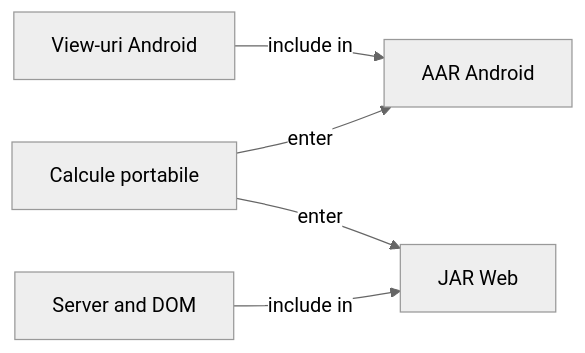
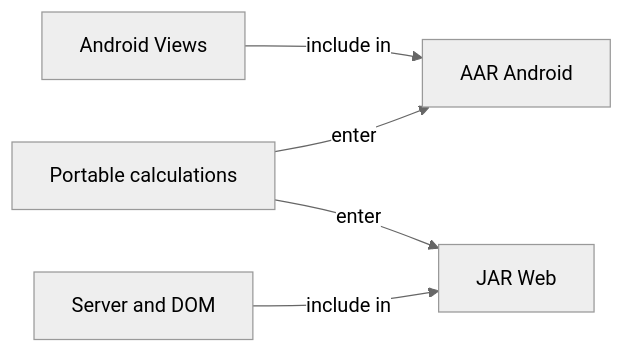
Before and after one commit to crististefanita/atf_j4: the third of 3 diagrams in atf-ui-browser/README.md, drawn with Mermaid (neutral theme). The commit also changed other lines of this file and 126 other files, not shown here.

````diff
--- a/atf-ui-browser/README.md
+++ b/atf-ui-browser/README.md
@@ -145,12 +145,12 @@
 ```mermaid
 flowchart LR
-    Shared[Calcule portabile]
-    Native[View-uri Android]
+    Shared[Portable calculations]
+    Native[Android Views]
     Browser[Server and DOM]
     Aar[AAR Android]
     Jar[JAR Web]
     Native -->|include in| Aar
     Shared -->|enter| Aar
     Shared -->|enter| Jar
     Browser -->|include in| Jar
 ```
````
